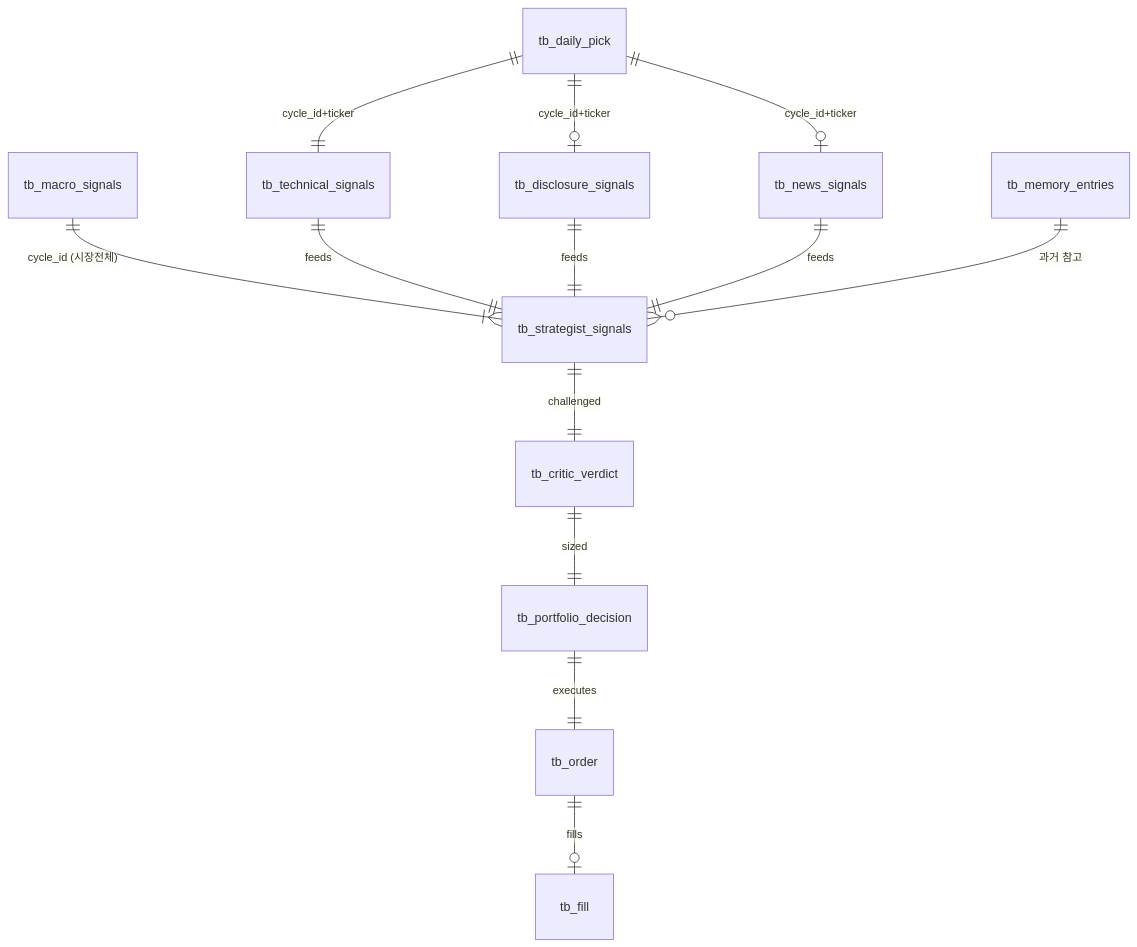
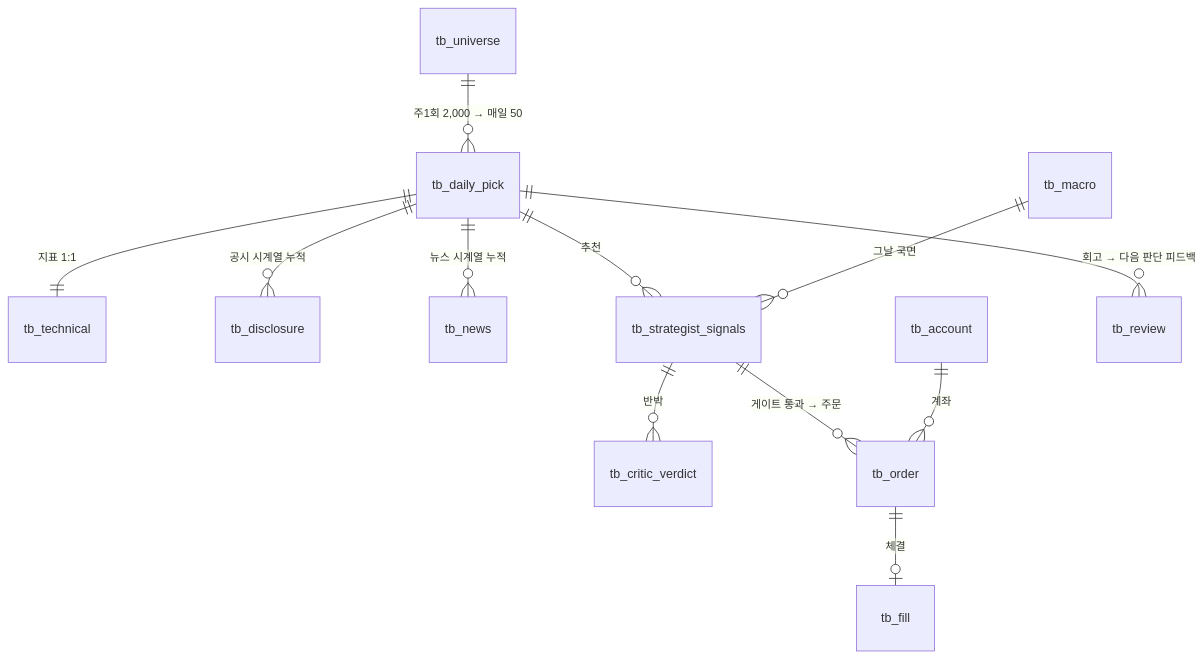
Before and after one commit to jaymunsh/quantinue-wiki: the second of 2 diagrams in documents/facts/데이터계약.md, drawn with Mermaid. The commit also changed other lines of this file, not shown here.

````diff
--- a/documents/facts/데이터계약.md
+++ b/documents/facts/데이터계약.md
@@ -32,15 +34,14 @@
 ```mermaid
 erDiagram
-  tb_daily_pick ||--|| tb_technical_signals : "cycle_id+ticker"
-  tb_daily_pick ||--o| tb_disclosure_signals : "cycle_id+ticker"
-  tb_daily_pick ||--o| tb_news_signals : "cycle_id+ticker"
-  tb_macro_signals ||--|{ tb_strategist_signals : "cycle_id (시장전체)"
-  tb_technical_signals ||--|| tb_strategist_signals : feeds
-  tb_disclosure_signals ||--|| tb_strategist_signals : feeds
-  tb_news_signals ||--|| tb_strategist_signals : feeds
-  tb_memory_entries ||--o{ tb_strategist_signals : "과거 참고"
-  tb_strategist_signals ||--|| tb_critic_verdict : challenged
-  tb_critic_verdict ||--|| tb_portfolio_decision : sized
-  tb_portfolio_decision ||--|| tb_order : executes
-  tb_order ||--o| tb_fill : fills
+  tb_universe ||--o{ tb_daily_pick : "주1회 2,000 → 매일 50"
+  tb_daily_pick ||--|| tb_technical : "지표 1:1"
+  tb_daily_pick ||--o{ tb_disclosure : "공시 시계열 누적"
+  tb_daily_pick ||--o{ tb_news : "뉴스 시계열 누적"
+  tb_daily_pick ||--o{ tb_strategist_signals : "추천"
+  tb_macro ||--o{ tb_strategist_signals : "그날 국면"
+  tb_strategist_signals ||--o{ tb_critic_verdict : "반박"
+  tb_strategist_signals ||--o{ tb_order : "게이트 통과 → 주문"
+  tb_account ||--o{ tb_order : "계좌"
+  tb_order ||--o| tb_fill : "체결"
+  tb_daily_pick ||--o{ tb_review : "회고 → 다음 판단 피드백"
 ```
````
